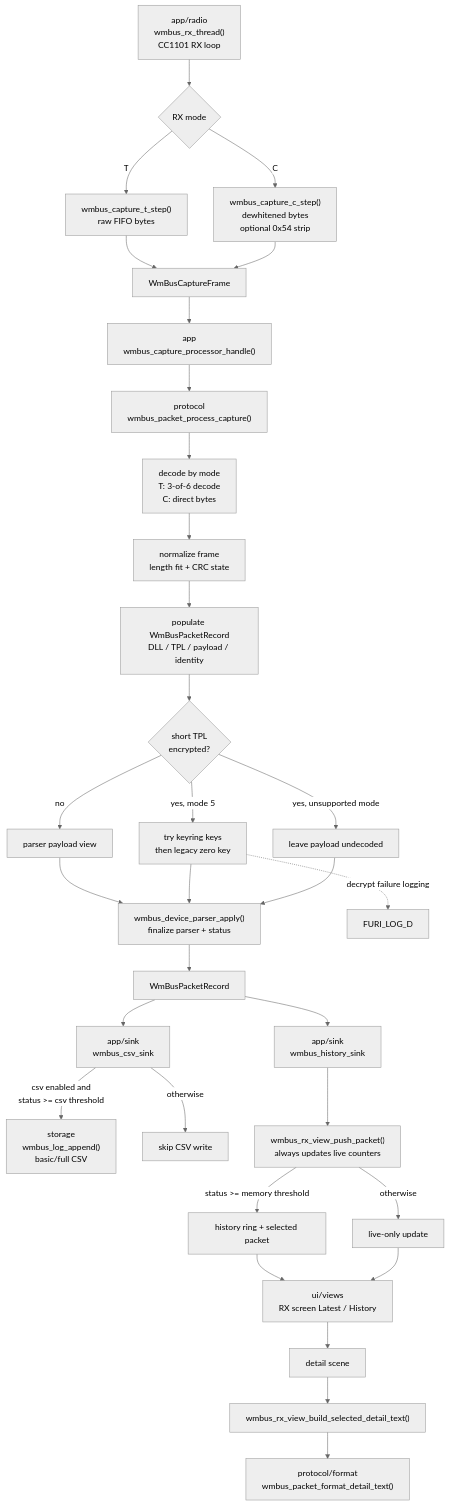
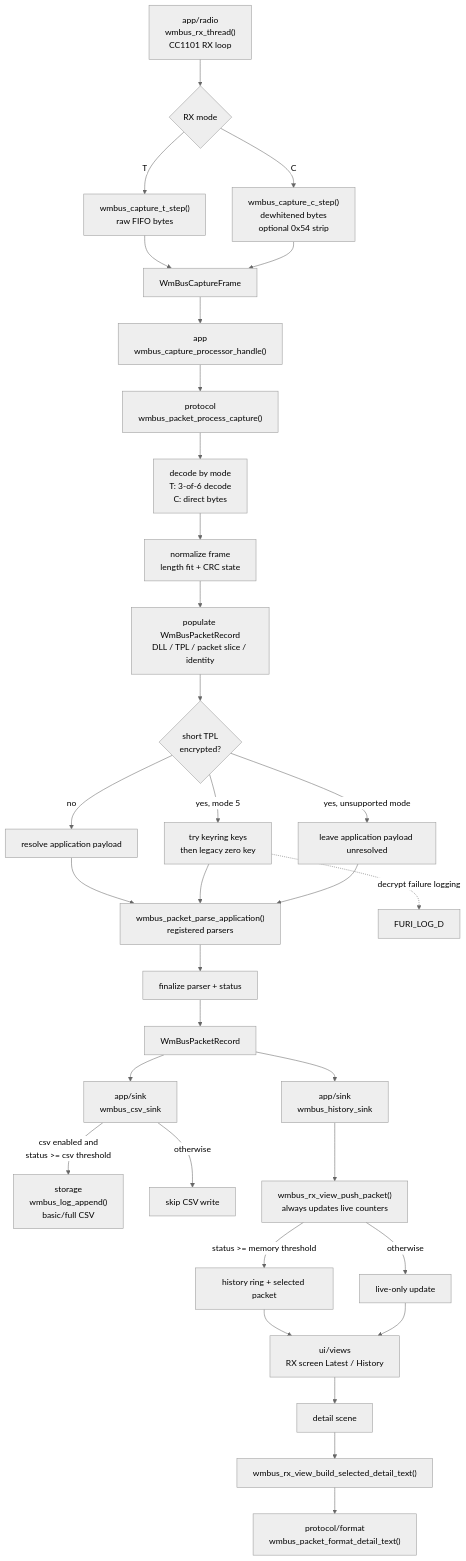
The diagram in applications_user/wmbus_decoder/README.md (maresmar/wmbus-decoder), drawn with Mermaid (neutral theme) before and after one commit. The commit also changed 17 other files, not shown here.

Commit message:
Improve decription flow

````diff
--- a/applications_user/wmbus_decoder/README.md
+++ b/applications_user/wmbus_decoder/README.md
@@ -121,40 +121,41 @@
 ```mermaid
 flowchart TD
     A["app/radio<br/>wmbus_rx_thread()<br/>CC1101 RX loop"] --> B{"RX mode"}
     B -->|T| C["wmbus_capture_t_step()<br/>raw FIFO bytes"]
     B -->|C| D["wmbus_capture_c_step()<br/>dewhitened bytes<br/>optional 0x54 strip"]
     C --> E["WmBusCaptureFrame"]
     D --> E
 
     E --> F["app<br/>wmbus_capture_processor_handle()"]
     F --> G["protocol<br/>wmbus_packet_process_capture()"]
 
     G --> H["decode by mode<br/>T: 3-of-6 decode<br/>C: direct bytes"]
     H --> I["normalize frame<br/>length fit + CRC state"]
-    I --> J["populate WmBusPacketRecord<br/>DLL / TPL / payload / identity"]
+    I --> J["populate WmBusPacketRecord<br/>DLL / TPL / packet slice / identity"]
     J --> K{"short TPL<br/>encrypted?"}
-    K -->|no| L["parser payload view"]
+    K -->|no| L["resolve application payload"]
     K -->|yes, mode 5| M["try keyring keys<br/>then legacy zero key"]
-    K -->|yes, unsupported mode| N["leave payload undecoded"]
-    L --> O["wmbus_device_parser_apply()<br/>finalize parser + status"]
+    K -->|yes, unsupported mode| N["leave application payload unresolved"]
+    L --> O["wmbus_packet_parse_application()<br/>registered parsers"]
     M --> O
     N --> O
 
-    O --> P["WmBusPacketRecord"]
-    P --> Q["app/sink<br/>wmbus_csv_sink"]
-    P --> R["app/sink<br/>wmbus_history_sink"]
+    O --> P["finalize parser + status"]
+    P --> QA["WmBusPacketRecord"]
+    QA --> Q["app/sink<br/>wmbus_csv_sink"]
+    QA --> R["app/sink<br/>wmbus_history_sink"]
 
     Q -->|csv enabled and<br/>status >= csv threshold| S["storage<br/>wmbus_log_append()<br/>basic/full CSV"]
     Q -->|otherwise| T["skip CSV write"]
 
     R --> U["wmbus_rx_view_push_packet()<br/>always updates live counters"]
     U -->|status >= memory threshold| V["history ring + selected packet"]
     U -->|otherwise| W["live-only update"]
     V --> X["ui/views<br/>RX screen Latest / History"]
     W --> X
     X --> Y["detail scene"]
     Y --> Z["wmbus_rx_view_build_selected_detail_text()"]
     Z --> AA["protocol/format<br/>wmbus_packet_format_detail_text()"]
 
     M -. decrypt failure logging .-> AB["FURI_LOG_D"]
 ```
````
